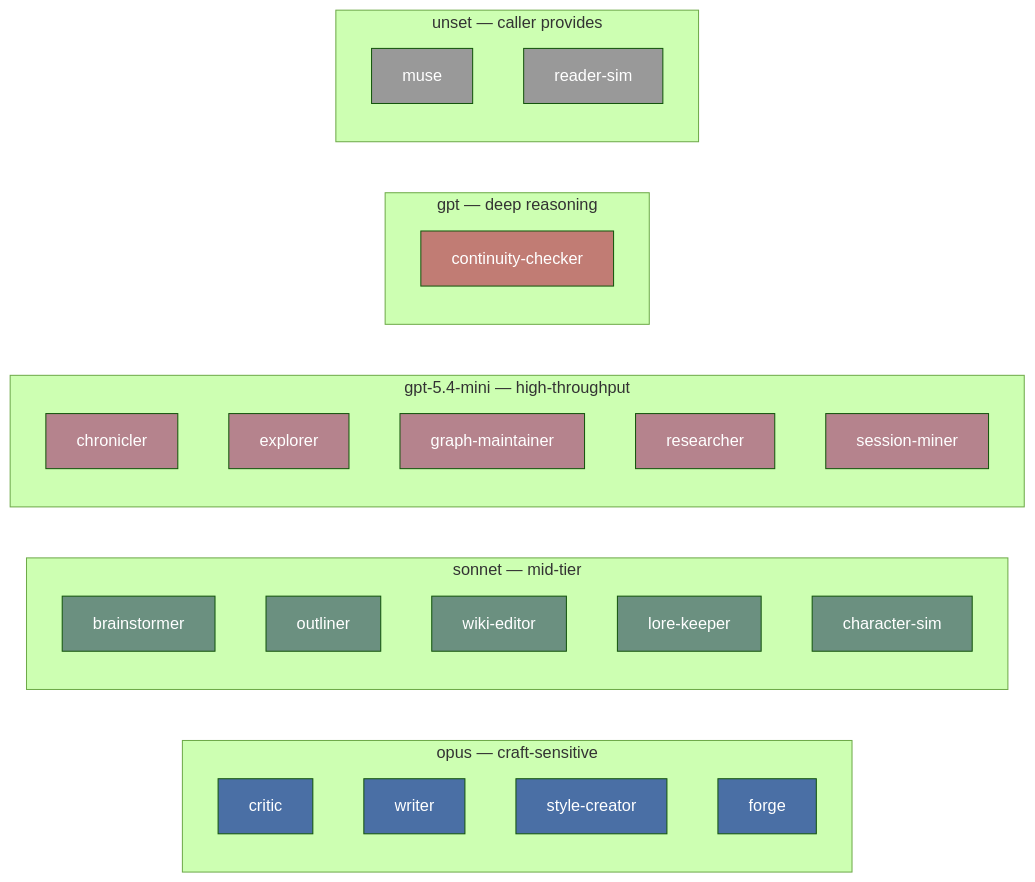
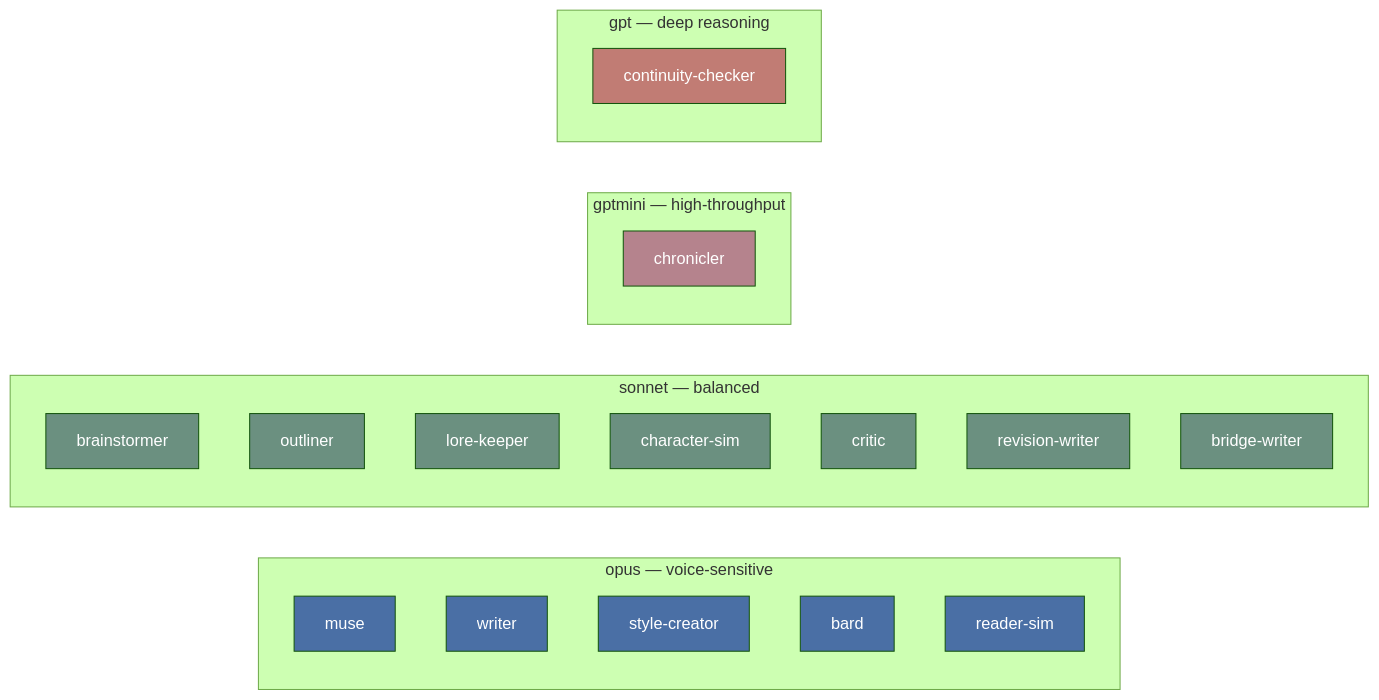
One commit to haowjy/creative-writing-skills changed the third of 4 diagrams in docs/architecture.md. Above: the diagram before and after it, drawn with Mermaid (forest theme). The commit also changed other lines of this file and 60 other files, not shown here.

First line of the commit message:
Claude Code plugin, architecture fixes, and installation docs

````diff
--- a/docs/architecture.md
+++ b/docs/architecture.md
@@ -188,46 +196,38 @@
 ```mermaid
 graph LR
-    subgraph "opus — craft-sensitive"
-        CR[critic]
+    subgraph "opus — voice-sensitive"
+        SO[muse]
         WR[writer]
         SC[style-creator]
-        DO[forge]
+        DO[bard]
+        RS[reader-sim]
     end
 
-    subgraph "sonnet — mid-tier"
+    subgraph "sonnet — balanced"
         BS[brainstormer]
         OL[outliner]
-        WE[wiki-editor]
         KO[lore-keeper]
         CS[character-sim]
+        CR[critic]
+        RW[revision-writer]
+        BW[bridge-writer]
     end
 
-    subgraph "gpt-5.4-mini — high-throughput"
+    subgraph "gptmini — high-throughput"
         CH[chronicler]
-        EX[explorer]
-        GM[graph-maintainer]
-        RE[researcher]
-        SM[session-miner]
     end
 
     subgraph "gpt — deep reasoning"
         CC[continuity-checker]
     end
 
-    subgraph "unset — caller provides"
-        SO[muse]
-        RS[reader-sim]
-    end
-
     classDef opus fill:#4a6fa5,color:#fff
     classDef sonnet fill:#6b9080,color:#fff
     classDef mini fill:#b5838d,color:#fff
     classDef gpt fill:#c17c74,color:#fff
-    classDef unset fill:#999,color:#fff
 
-    class CR,WR,SC,DO opus
-    class BS,OL,WE,KO,CS sonnet
-    class CH,EX,GM,RE,SM mini
+    class SO,WR,SC,DO,RS opus
+    class BS,OL,KO,CS,CR,RW,BW sonnet
+    class CH mini
     class CC gpt
-    class SO,RS unset
 ```
````
